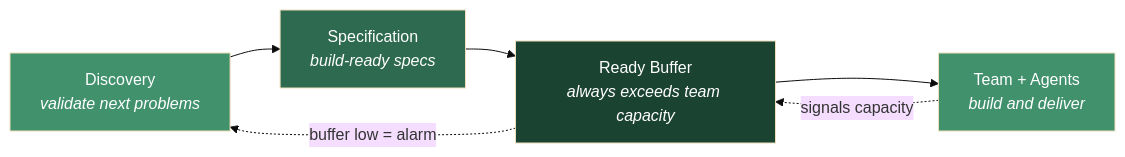
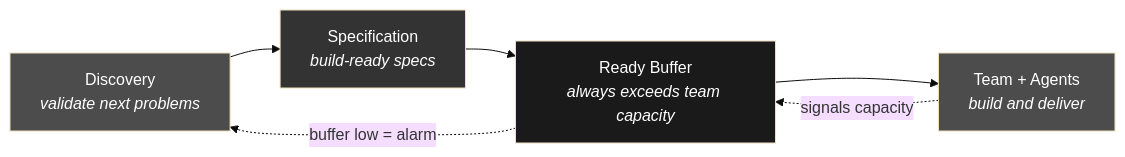
Before and after one commit to RED-Internal-Development/delivery-operating-model: the second of 7 diagrams in docs/future-delivery-operating-model.md, drawn with Mermaid (base theme). The commit also changed other lines of this file, not shown here.

````diff
--- a/docs/future-delivery-operating-model.md
+++ b/docs/future-delivery-operating-model.md
@@ -72,13 +72,13 @@
 ```mermaid
 flowchart LR
     A["Discovery<br/><i>validate next problems</i>"] --> B["Specification<br/><i>build-ready specs</i>"]
     B --> C["Ready Buffer<br/><i>always exceeds team capacity</i>"]
     C --> D["Team + Agents<br/><i>build and deliver</i>"]
     D -. "signals capacity" .-> C
     C -. "buffer low = alarm" .-> A
 
-    style A fill:#40916c,color:#fff
-    style B fill:#2d6a4f,color:#fff
-    style C fill:#1b4332,color:#fff
-    style D fill:#40916c,color:#fff
+    style A fill:#4C4C4C,color:#fff
+    style B fill:#333333,color:#fff
+    style C fill:#1A1A1A,color:#fff
+    style D fill:#4C4C4C,color:#fff
 ```
````
